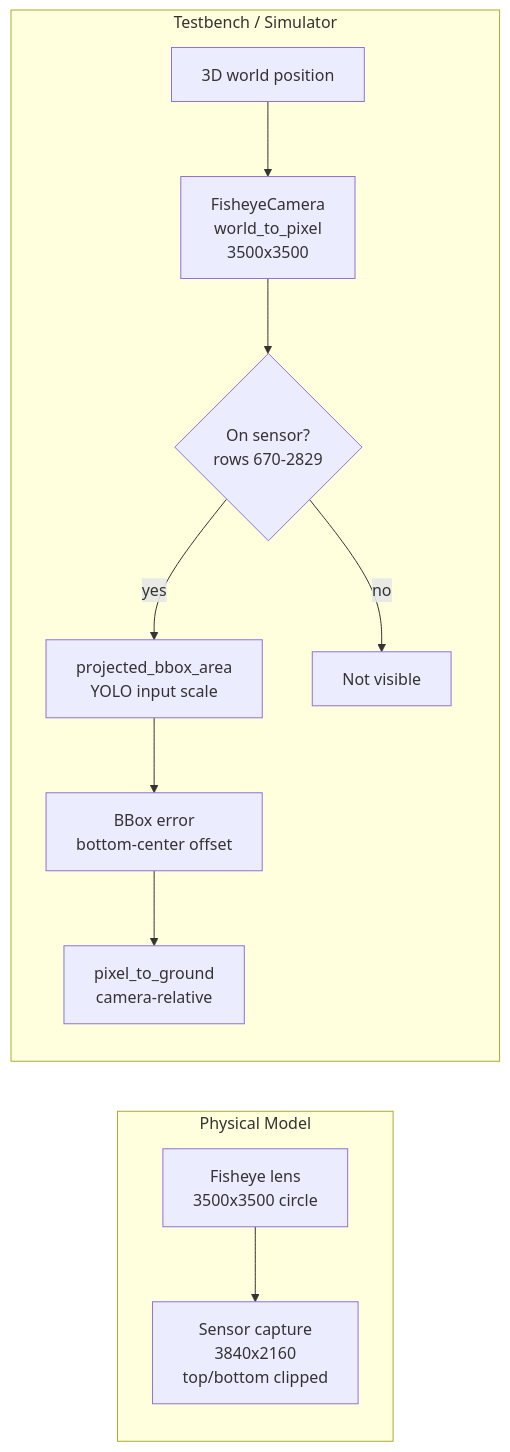
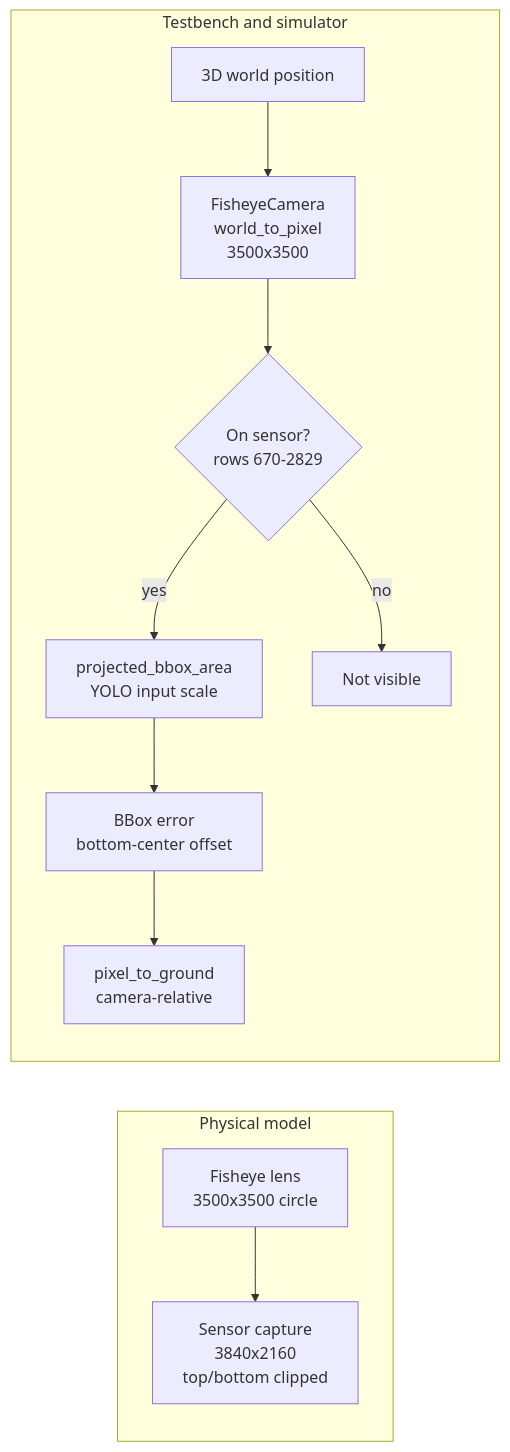
The diagram in README.md (mkturkcan/bikeped), drawn with Mermaid before and after one commit. The commit also changed other lines of this file and 327 other files, not shown here.

````diff
--- a/README.md
+++ b/README.md
@@ -89,15 +187,15 @@
 ```mermaid
 graph LR
-    subgraph Physical Model
+    subgraph Physical model
         A[Fisheye lens<br/>3500x3500 circle] --> B[Sensor capture<br/>3840x2160<br/>top/bottom clipped]
     end
 
-    subgraph Testbench / Simulator
+    subgraph Testbench and simulator
         I[3D world position] --> J[FisheyeCamera<br/>world_to_pixel<br/>3500x3500]
         J --> K{On sensor?<br/>rows 670-2829}
         K -->|yes| L[projected_bbox_area<br/>YOLO input scale]
         K -->|no| M[Not visible]
         L --> N[BBox error<br/>bottom-center offset]
         N --> O[pixel_to_ground<br/>camera-relative]
     end
 ```
````
